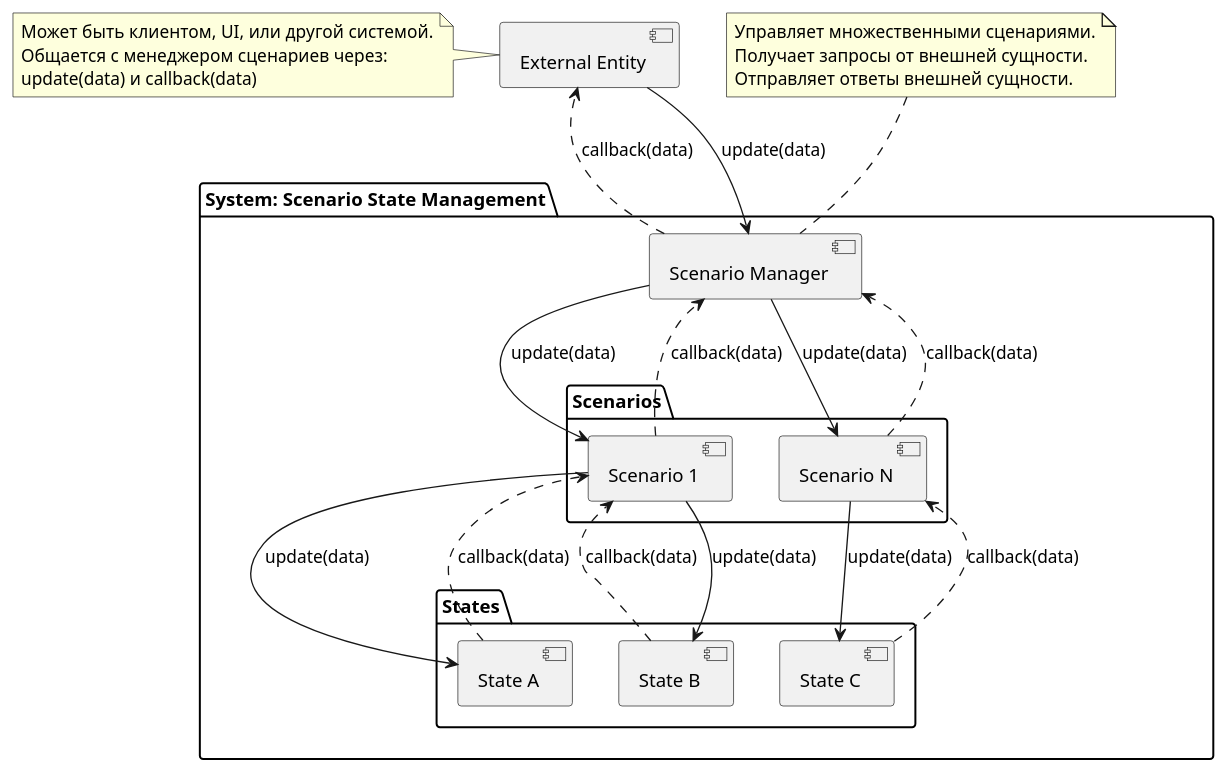
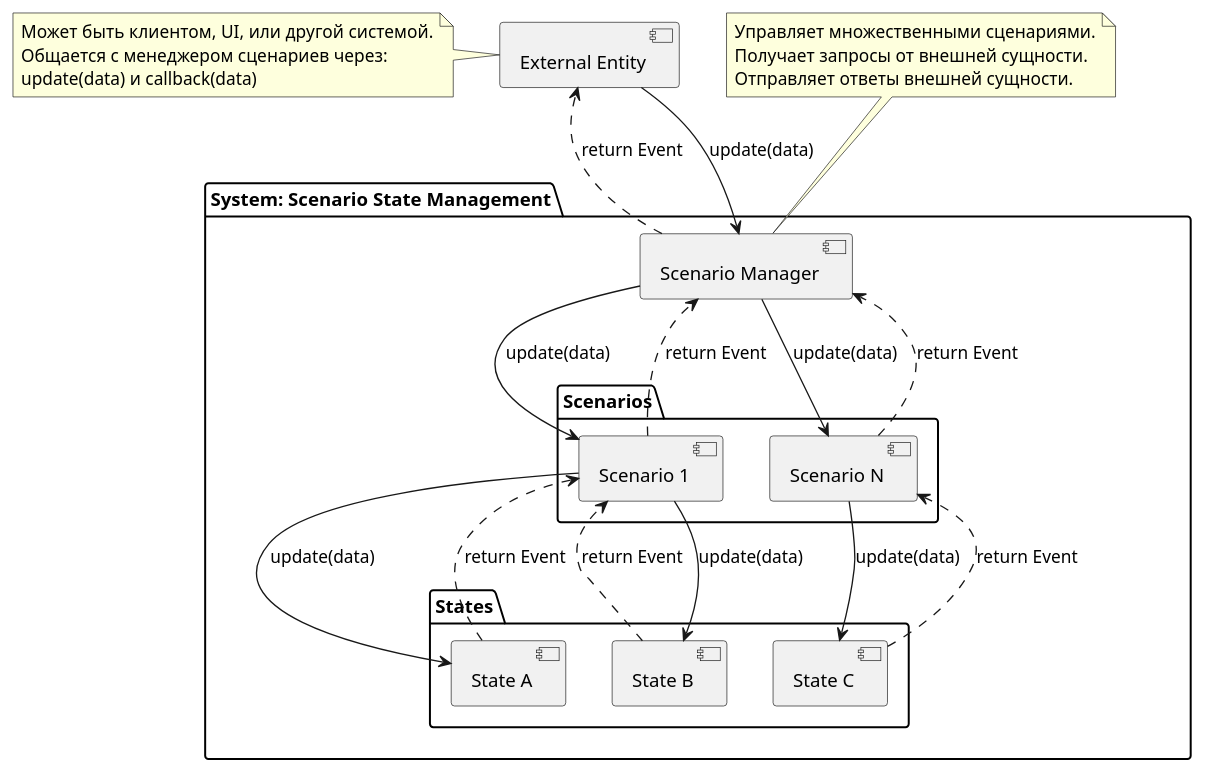
Before and after one commit to AKTOETO/statemachine: the first of 3 diagrams in docs/design.md, drawn with PlantUML. The commit also changed other lines of this file, not shown here.

Commit message:
[design] update event system

````diff
--- a/docs/design.md
+++ b/docs/design.md
@@ -16,52 +18,52 @@
 ```plantuml
 ' left to right direction
 
 [External Entity] as external
 
 package "System: Scenario State Management" {
 
   [Scenario Manager] as scenario_mgr
 
     package "Scenarios" {
         component "Scenario 1" as scenario1
         component "Scenario N" as scenarioN
     }
 
     package "States" {
         [State A] as stateA
         [State B] as stateB
         [State C] as stateC
     }
 
 
   scenario_mgr --> scenario1 : update(data)
-  scenario1 ..> scenario_mgr: callback(data)
+  scenario1 ..> scenario_mgr: return Event
   scenario_mgr --> scenarioN : update(data)
-  scenarioN ..> scenario_mgr: callback(data)
+  scenarioN ..> scenario_mgr: return Event
 
   scenario1 --> stateA : update(data)
-  stateA ..> scenario1 : callback(data)
+  stateA ..> scenario1 : return Event
   scenario1 --> stateB : update(data)
-  stateB ..> scenario1 : callback(data)
+  stateB ..> scenario1 : return Event
   scenarioN --> stateC : update(data)
-  stateC ..> scenarioN : callback(data)
+  stateC ..> scenarioN : return Event
 
   ' External interaction
   external --> scenario_mgr : update(data)
-  scenario_mgr ..> external : callback(data)
+  scenario_mgr ..> external : return Event
 }
 
 
 note left of external
   Может быть клиентом, UI, или другой системой.
   Общается с менеджером сценариев через:
   update(data) и callback(data)
 end note
 
 note top of scenario_mgr
     Управляет множественными сценариями.
     Получает запросы от внешней сущности.
     Отправляет ответы внешней сущности.
 end note
 
 ```
````
